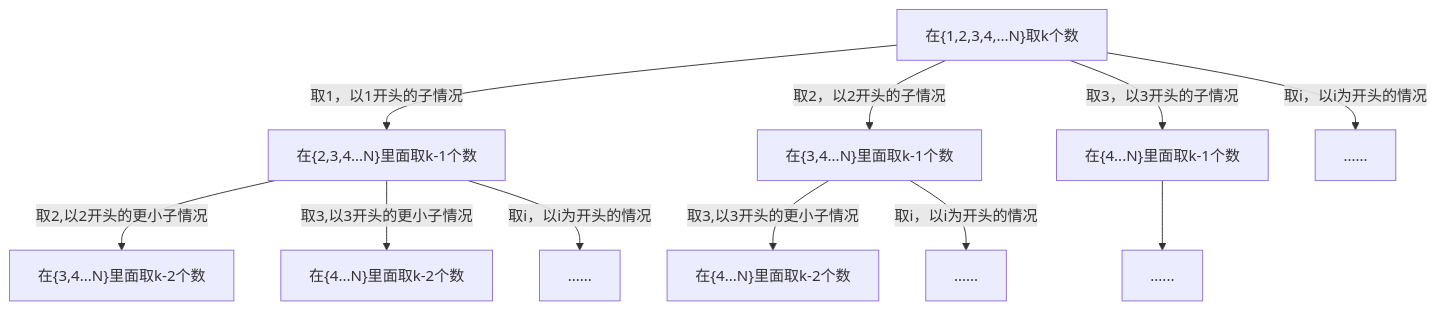
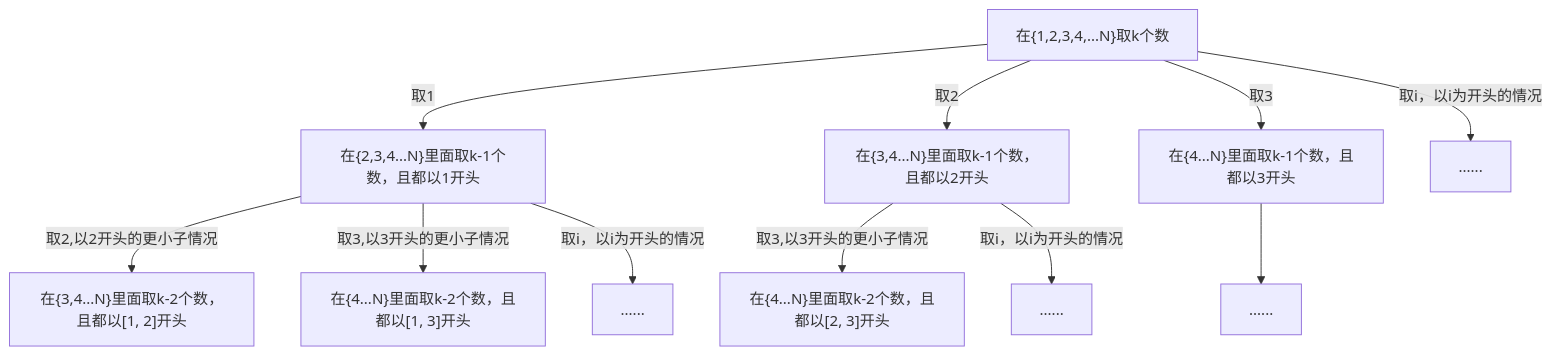
The first of 7 diagrams in _posts/Leetcode/2017-10-22-Leetcode总结（六）.md (jingminglake/jingminglake.github.io), drawn with Mermaid before and after one commit. The commit also changed other lines of this file, not shown here.

````diff
--- a/_posts/Leetcode/2017-10-22-Leetcode总结（六）.md
+++ b/_posts/Leetcode/2017-10-22-Leetcode总结（六）.md
@@ -82,14 +80,14 @@
 ```mermaid
 flowchart TD
   A["在{1,2,3,4,...N}取k个数"]
-  A -- 取1，以1开头的子情况 --> B1["在{2,3,4...N}里面取k-1个数"]
-  A -- 取2，以2开头的子情况 --> B2["在{3,4...N}里面取k-1个数"]
-  A -- 取3，以3开头的子情况 --> B3["在{4...N}里面取k-1个数"]
+  A -- 取1 --> B1["在{2,3,4...N}里面取k-1个数，且都以1开头"]
+  A -- 取2 --> B2["在{3,4...N}里面取k-1个数，且都以2开头"]
+  A -- 取3 --> B3["在{4...N}里面取k-1个数，且都以3开头"]
   A -- 取i，以i为开头的情况 --> more["......"]
-  B1 -- 取2,以2开头的更小子情况 --> C1["在{3,4...N}里面取k-2个数"]
-  B1 -- 取3,以3开头的更小子情况 --> C2["在{4...N}里面取k-2个数"]
+  B1 -- 取2,以2开头的更小子情况 --> C1["在{3,4...N}里面取k-2个数，且都以[1, 2]开头"]
+  B1 -- 取3,以3开头的更小子情况 --> C2["在{4...N}里面取k-2个数，且都以[1, 3]开头"]
   B1 -- 取i，以i为开头的情况 --> more1["......"]
-  B2 -- 取3,以3开头的更小子情况 --> C4["在{4...N}里面取k-2个数"]
+  B2 -- 取3,以3开头的更小子情况 --> C4["在{4...N}里面取k-2个数，且都以[2, 3]开头"]
   B2 -- 取i，以i为开头的情况 --> more2["......"]
   B3 --> more3["......"]
 ```
````
